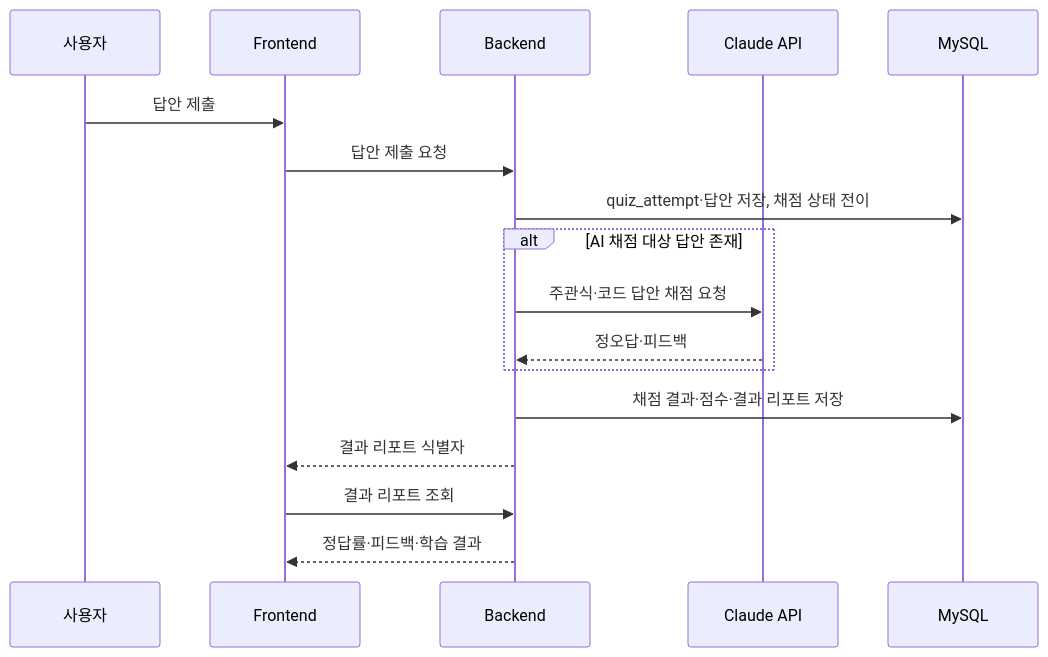
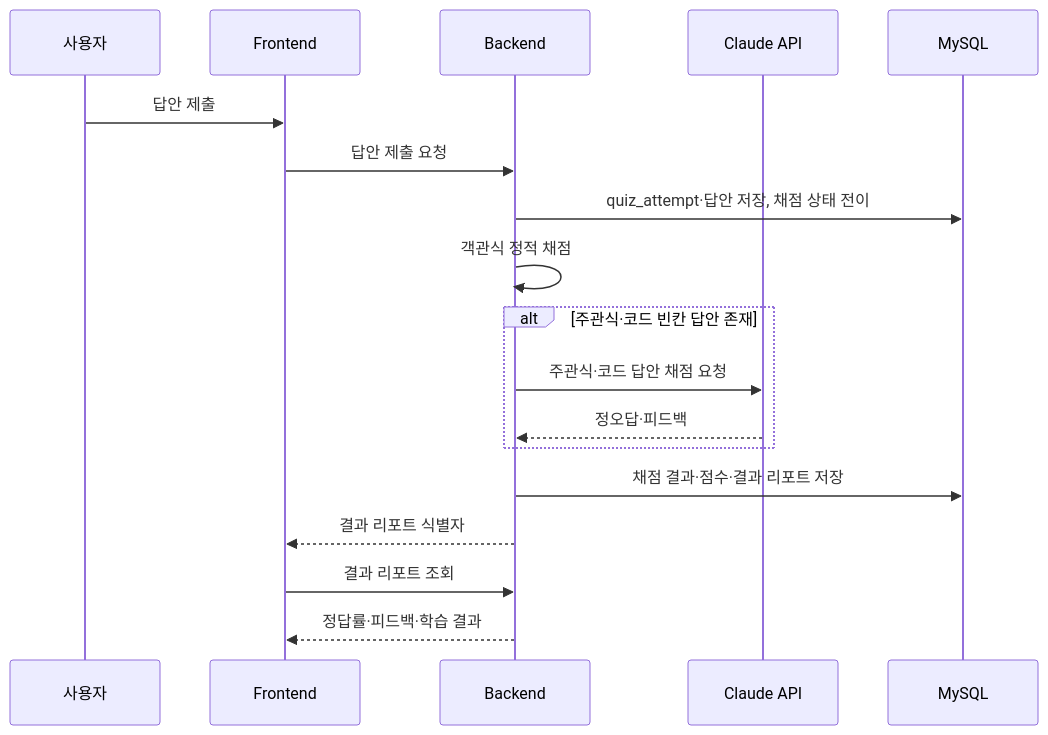
One commit to realdev-int2/INT2-Readle-Team02-BE changed the third of 4 diagrams in README.md. Above: the diagram before and after it, drawn with Mermaid. The commit also changed other lines of this file, not shown here.

````diff
--- a/README.md
+++ b/README.md
@@ -97,20 +107,21 @@
 ```mermaid
 sequenceDiagram
     participant U as 사용자
     participant F as Frontend
     participant B as Backend
     participant A as Claude API
     participant DB as MySQL
 
     U->>F: 답안 제출
     F->>B: 답안 제출 요청
     B->>DB: quiz_attempt·답안 저장, 채점 상태 전이
-    alt AI 채점 대상 답안 존재
+    B->>B: 객관식 정적 채점
+    alt 주관식·코드 빈칸 답안 존재
         B->>A: 주관식·코드 답안 채점 요청
         A-->>B: 정오답·피드백
     end
     B->>DB: 채점 결과·점수·결과 리포트 저장
     B-->>F: 결과 리포트 식별자
     F->>B: 결과 리포트 조회
     B-->>F: 정답률·피드백·학습 결과
 ```
````
